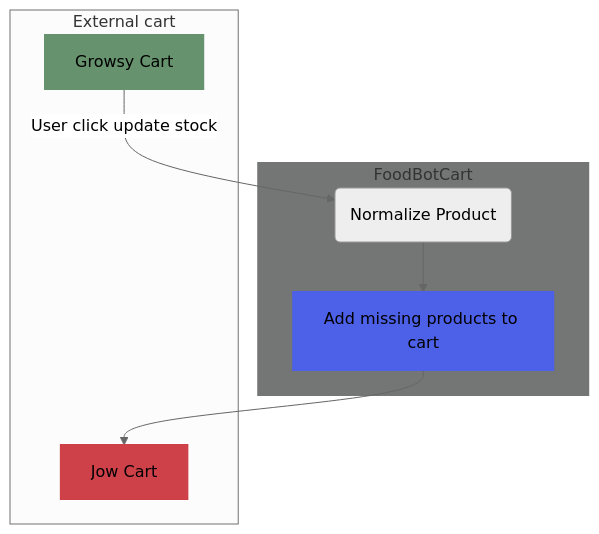
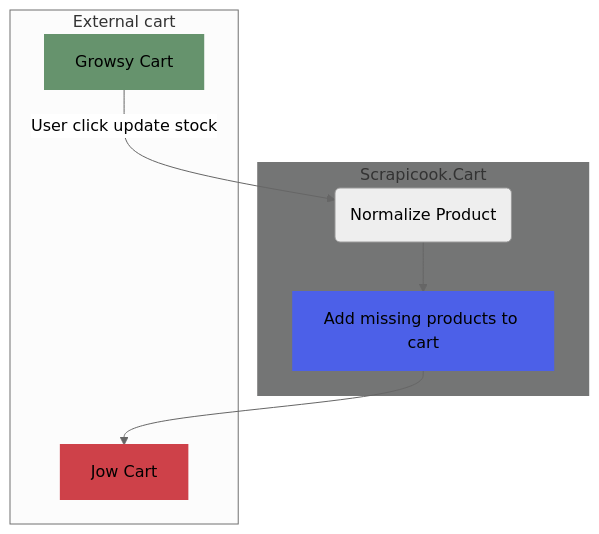
The third of 5 diagrams in readme.md (vincentbattez/Scrapicook), drawn with Mermaid (neutral theme) before and after one commit. The commit also changed other lines of this file and 1 other file, not shown here.

````diff
--- a/readme.md
+++ b/readme.md
@@ -62,24 +128,24 @@
 ```mermaid
 graph TD
     %% colors
     style JOW_CART fill:#CE4149,stroke:#CE4149,stroke-width:2px
     style ADD_CART fill:#4C60E8,stroke:#4C60E8,stroke-width:2px
-    style FoodBotCart fill:#747575,stroke:#747575,stroke-width:2px
+    style Scrapicook.Cart fill:#747575,stroke:#747575,stroke-width:2px
 
     style GSY_CART fill:#66936D,stroke:#66936D,stroke-width:2px
 
     %% subgraph
-    subgraph FoodBotCart
+    subgraph Scrapicook.Cart
         NORMALIZE(Normalize Product)
         ADD_CART[Add missing products to cart]
     end
     
     subgraph External cart
         GSY_CART[Growsy Cart]
         JOW_CART[Jow Cart]
     end
     
     GSY_CART -->|User click update stock| NORMALIZE
     NORMALIZE --> ADD_CART
     ADD_CART --> JOW_CART
 ```
````
